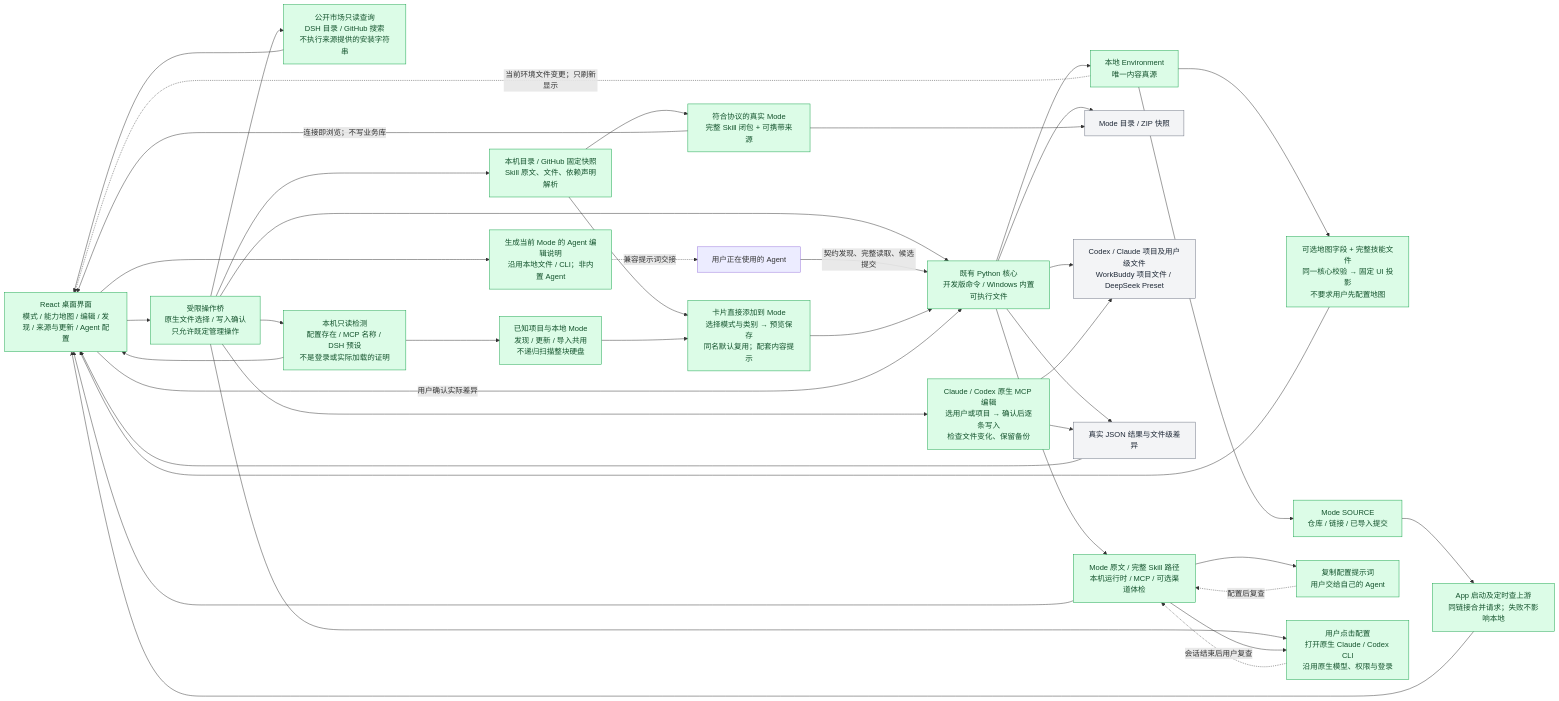
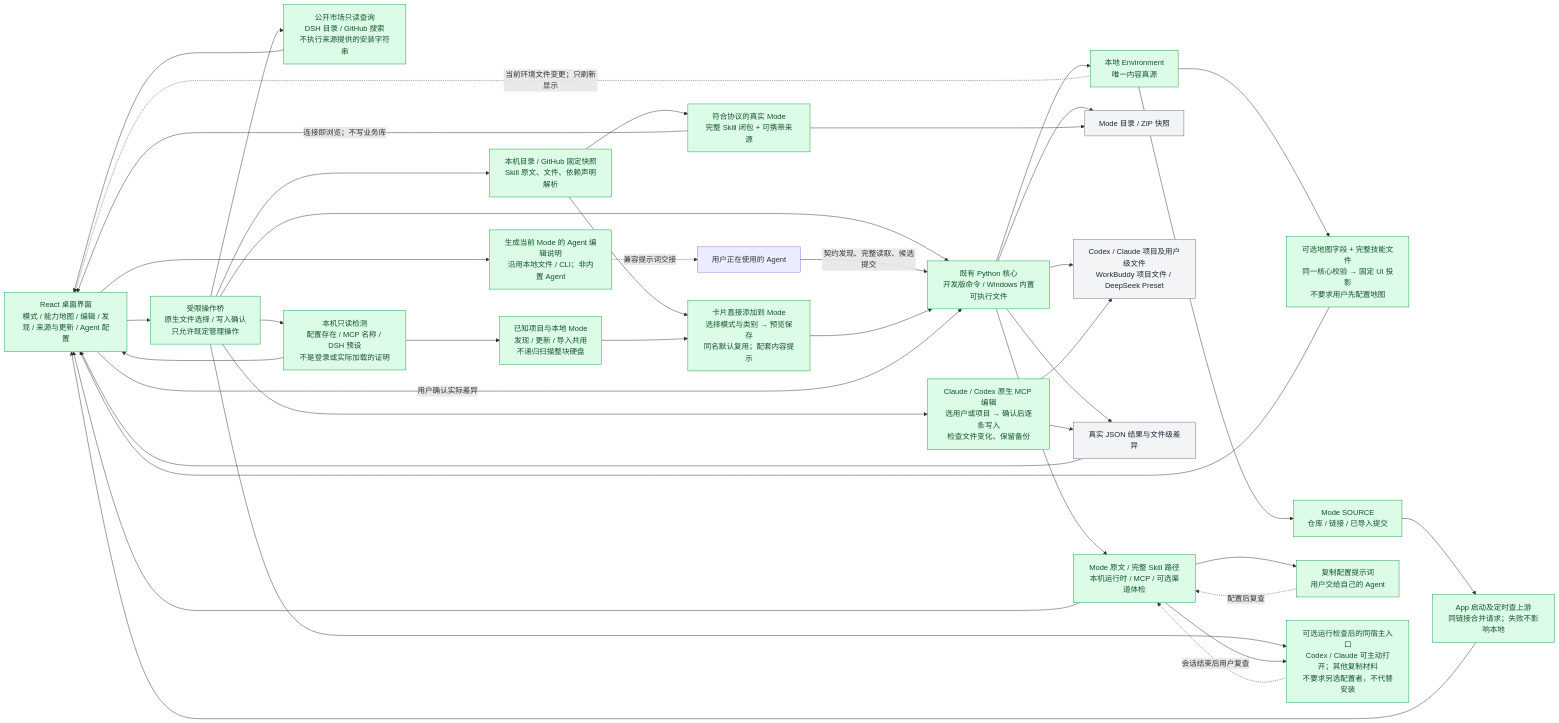
Before and after one commit to qihangzhang-272/asl-harness: the fifth of 6 diagrams in docs/architecture/02d-app-navigation.md, drawn with Mermaid. The commit also changed other lines of this file and 16 other files, not shown here.

````diff
--- a/docs/architecture/02d-app-navigation.md
+++ b/docs/architecture/02d-app-navigation.md
@@ -164,46 +176,46 @@
 ```mermaid
 flowchart LR
     UI["React 桌面界面<br/>模式 / 能力地图 / 编辑 / 发现 / 来源与更新 / Agent 配置"] --> IPC["受限操作桥<br/>原生文件选择 / 写入确认<br/>只允许既定管理操作"]
     IPC --> CORE["既有 Python 核心<br/>开发版命令 / Windows 内置可执行文件"]
     CORE --> ENV["本地 Environment<br/>唯一内容真源"]
     CORE --> PACK["Mode 目录 / ZIP 快照"]
     CORE --> HOST["Codex / Claude 项目及用户级文件<br/>WorkBuddy 项目文件 / DeepSeek Preset"]
     CORE --> RESULT["真实 JSON 结果与文件级差异"]
     ENV --> FIELDS["可选地图字段 + 完整技能文件<br/>同一核心校验 → 固定 UI 投影<br/>不要求用户先配置地图"]
     FIELDS --> UI
     ENV -.当前环境文件变更；只刷新显示.-> UI
     UI --> GUIDE["生成当前 Mode 的 Agent 编辑说明<br/>沿用本地文件 / CLI；非内置 Agent"]
     GUIDE -.兼容提示词交接.-> AGENT["用户正在使用的 Agent"]
     AGENT -->|契约发现、完整读取、候选提交| CORE
     IPC --> MARKET["公开市场只读查询<br/>DSH 目录 / GitHub 搜索<br/>不执行来源提供的安装字符串"]
     IPC --> SCAN["本机目录 / GitHub 固定快照<br/>Skill 原文、文件、依赖声明解析"]
     SCAN --> CHOICE["卡片直接添加到 Mode<br/>选择模式与类别 → 预览保存<br/>同名默认复用；配套内容提示"]
     CHOICE --> CORE
     SCAN --> REMOTE["符合协议的真实 Mode<br/>完整 Skill 闭包 + 可携带来源"]
     REMOTE -->|连接即浏览；不写业务库| UI
     REMOTE --> PACK
     ENV --> ORIGIN["Mode SOURCE<br/>仓库 / 链接 / 已导入提交"]
     ORIGIN --> POLL["App 启动及定时查上游<br/>同链接合并请求；失败不影响本地"]
     POLL --> UI
     UI -->|用户确认实际差异| CORE
     IPC --> NATIVE["本机只读检测<br/>配置存在 / MCP 名称 / DSH 预设<br/>不是登录或实际加载的证明"]
     NATIVE --> LOCAL["已知项目与本地 Mode<br/>发现 / 更新 / 导入共用<br/>不递归扫描整块硬盘"]
     LOCAL --> CHOICE
     IPC --> MCPEDIT["Claude / Codex 原生 MCP 编辑<br/>选用户或项目 → 确认后逐条写入<br/>检查文件变化、保留备份"]
     MCPEDIT --> HOST
     MCPEDIT --> RESULT
     CORE --> CHECK["Mode 原文 / 完整 Skill 路径<br/>本机运行时 / MCP / 可选渠道体检"]
     CHECK --> PROMPT["复制配置提示词<br/>用户交给自己的 Agent"]
     PROMPT -.配置后复查.-> CHECK
-    IPC --> ASSIST["用户点击配置<br/>打开原生 Claude / Codex CLI<br/>沿用原生模型、权限与登录"]
+    IPC --> ASSIST["可选运行检查后的同宿主入口<br/>Codex / Claude 可主动打开；其他复制材料<br/>不要求另选配置者，不代替安装"]
     CHECK --> ASSIST
     ASSIST -.会话结束后用户复查.-> CHECK
     CHECK --> UI
     MARKET --> UI
     NATIVE --> UI
     RESULT --> UI
     classDef done fill:#dcfce7,stroke:#16a34a,color:#14532d;
     classDef generated fill:#f3f4f6,stroke:#6b7280,color:#1f2937;
     class UI,IPC,CORE,ENV,FIELDS,GUIDE,MARKET,SCAN,CHOICE,NATIVE,LOCAL,MCPEDIT,CHECK,PROMPT,ASSIST,REMOTE,ORIGIN,POLL done;
     class PACK,HOST,RESULT generated;
 ```
````
